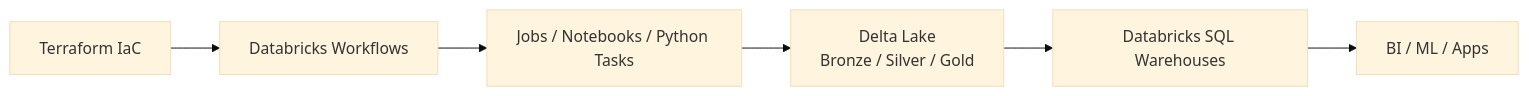
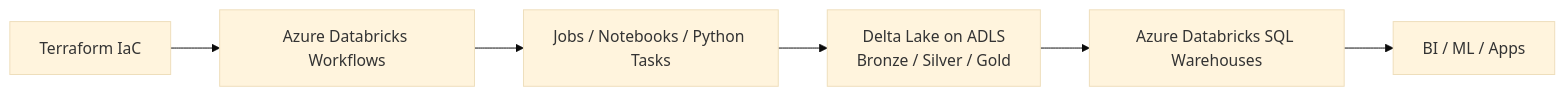
Before and after one commit to avig00/aws-hazard-risk-data-platform: the second of 3 diagrams in README.md, drawn with Mermaid (base theme). The commit also changed other lines of this file, not shown here.

````diff
--- a/README.md
+++ b/README.md
@@ -302,15 +303,15 @@
 ```mermaid
 flowchart LR
     TF[Terraform IaC]
-    WF[Databricks Workflows]
+    WF[Azure Databricks Workflows]
     JB[Jobs / Notebooks / Python Tasks]
-    DL[Delta Lake<br/>Bronze / Silver / Gold]
-    SQLW[Databricks SQL Warehouses]
+    DL[Delta Lake on ADLS<br/>Bronze / Silver / Gold]
+    SQLW[Azure Databricks SQL Warehouses]
     BI[BI / ML / Apps]
 
     TF --> WF
     WF --> JB
     JB --> DL
     DL --> SQLW
     SQLW --> BI
 ```
````
